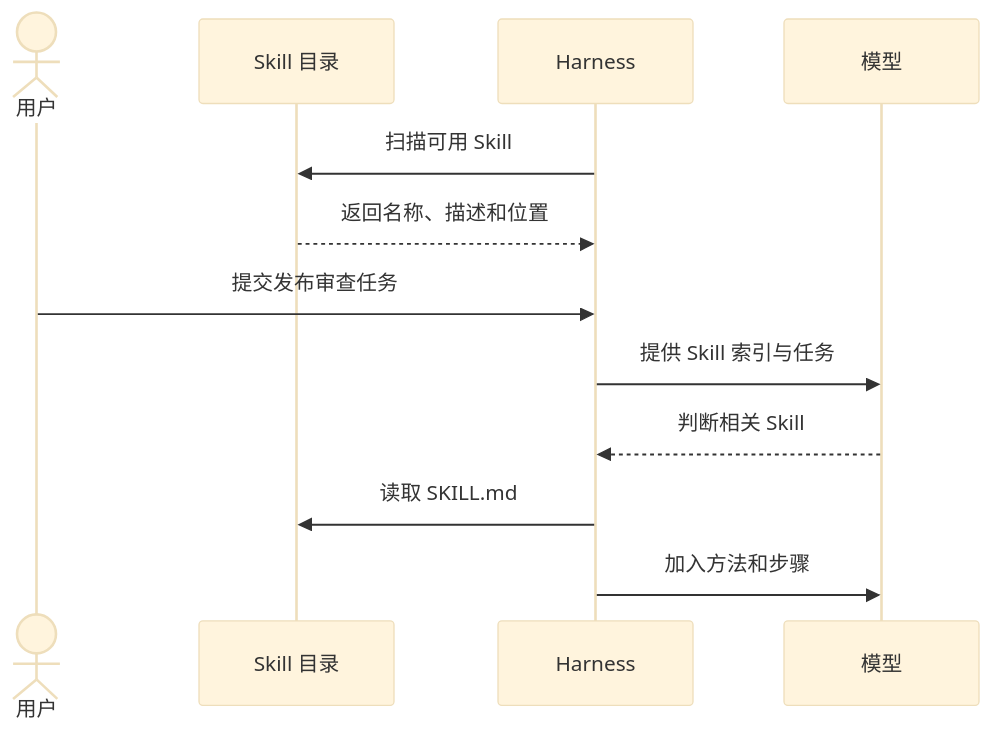
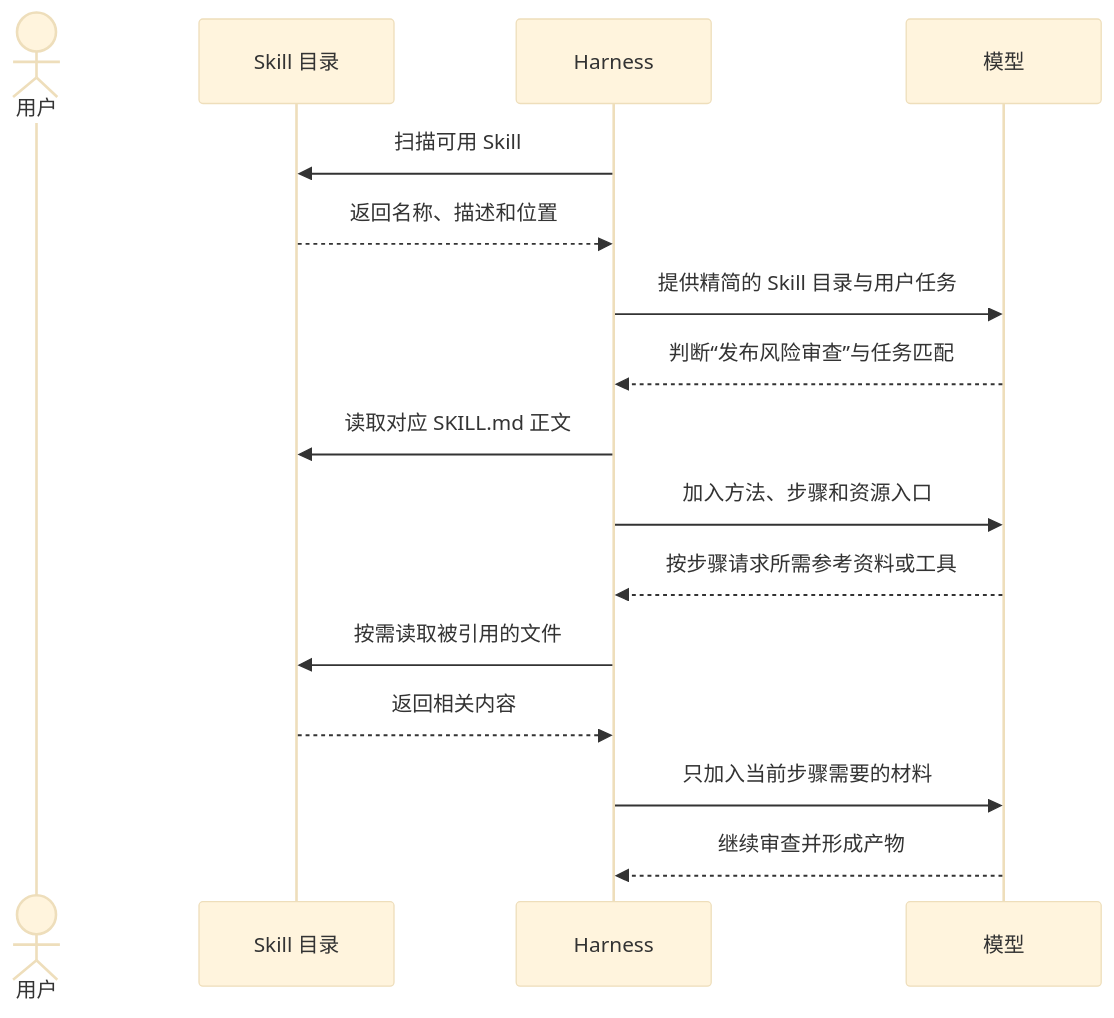
One commit to FoLaJJ/agent-systems-notes changed the fifth of 8 diagrams in docs/03-foundations.md. Above: the diagram before and after it, drawn with Mermaid (base theme). The commit also changed other lines of this file and 13 other files, not shown here.

Commit message:
Refine Mermaid diagram layouts

````diff
--- a/docs/03-foundations.md
+++ b/docs/03-foundations.md
@@ -212,15 +212,19 @@
 ```mermaid
 sequenceDiagram
     actor U as 用户
     participant F as Skill 目录
     participant H as Harness
     participant L as 模型
 
     H->>F: 扫描可用 Skill
     F-->>H: 返回名称、描述和位置
-    U->>H: 提交发布审查任务
-    H->>L: 提供 Skill 索引与任务
-    L-->>H: 判断相关 Skill
-    H->>F: 读取 SKILL.md
-    H->>L: 加入方法和步骤
+    H->>L: 提供精简的 Skill 目录与用户任务
+    L-->>H: 判断“发布风险审查”与任务匹配
+    H->>F: 读取对应 SKILL.md 正文
+    H->>L: 加入方法、步骤和资源入口
+    L-->>H: 按步骤请求所需参考资料或工具
+    H->>F: 按需读取被引用的文件
+    F-->>H: 返回相关内容
+    H->>L: 只加入当前步骤需要的材料
+    L-->>H: 继续审查并形成产物
 ```
````
